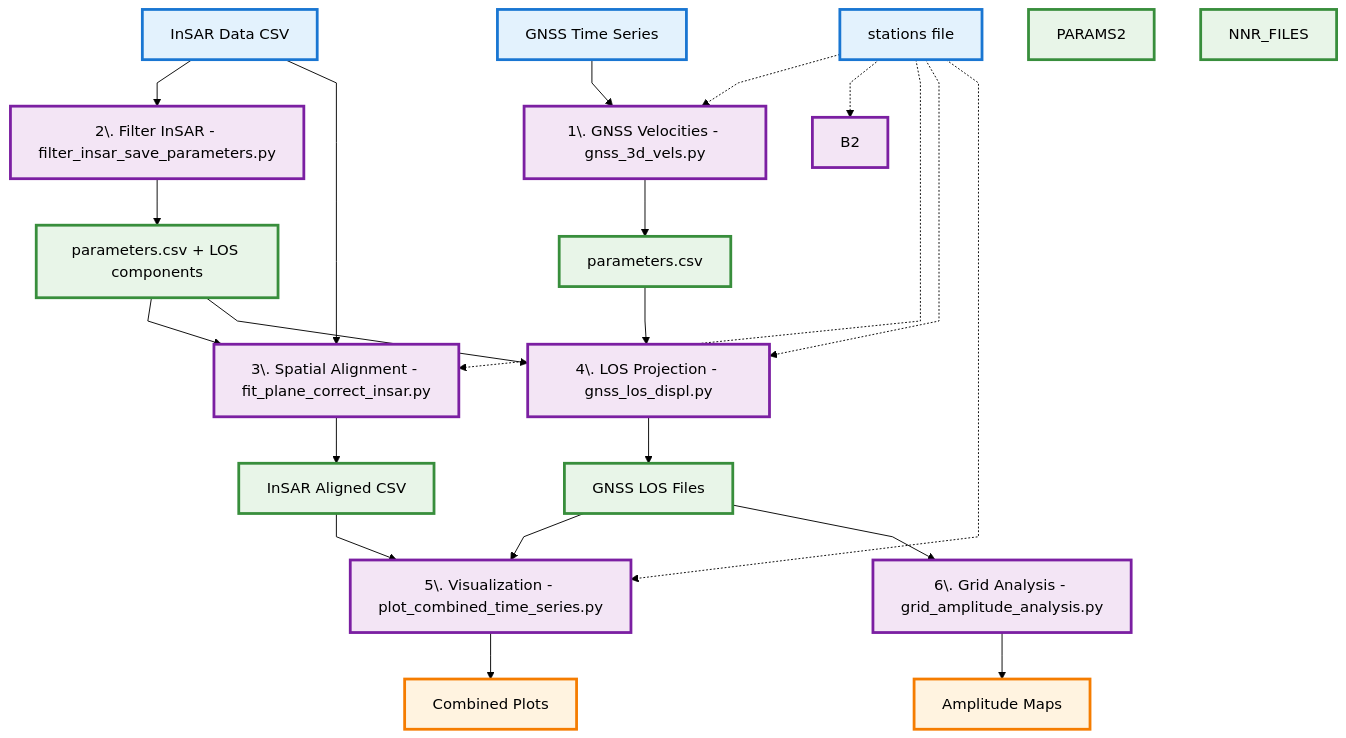
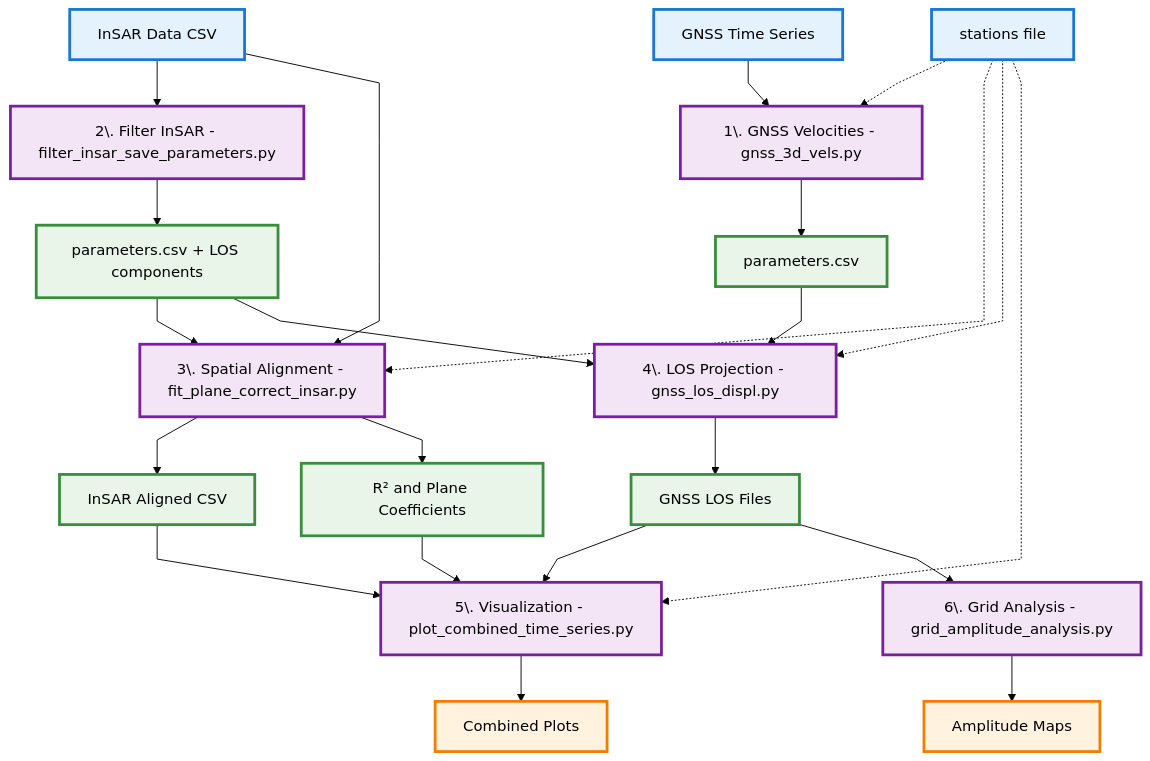
The first of 2 diagrams in workflow_flowchart.md (Altoleptic/insar-gnss-workflow), drawn with Mermaid before and after one commit. The commit also changed other lines of this file and 8 other files, not shown here.

````diff
--- a/workflow_flowchart.md
+++ b/workflow_flowchart.md
@@ -8,70 +8,69 @@
 ```mermaid
 ---
 config:
   flowchart:
     curve: linear
   theme: forest
   themeVariables: {}
 ---
 flowchart TD
     %% Top level inputs
     INPUT1["GNSS Time Series"]
     INPUT2["InSAR Data CSV"]
     
     %% GNSS Processing Chain (Left)
     INPUT1 --> B1["1\. GNSS Velocities - gnss_3d_vels.py"]
     B1 --> PARAMS1["parameters.csv"]
     
     %% InSAR Processing Chain (Right)
     INPUT2 --> B3["2\. Filter InSAR - filter_insar_save_parameters.py"]
     B3 --> PARAMS3["parameters.csv + LOS components"]
     INPUT2 --> B4["3\. Spatial Alignment - fit_plane_correct_insar.py"]
     PARAMS3 --> B4
     B4 --> ALIGNED_INSAR["InSAR Aligned CSV"]
+    B4 --> PLANE_STATS["R² and Plane Coefficients"]
     
     %% Integration Steps (Bottom)
     PARAMS1 --> B5["4\. LOS Projection - gnss_los_displ.py"]
     PARAMS3 --> B5
     B5 --> LOS_FILES["GNSS LOS Files"]
     
     ALIGNED_INSAR --> B6["5\. Visualization - plot_combined_time_series.py"]
     LOS_FILES --> B6
+    PLANE_STATS --> B6
     B6 --> PLOTS["Combined Plots"]
     
     %% Optional Analysis
     LOS_FILES --> B7["6\. Grid Analysis - grid_amplitude_analysis.py"]
     B7 --> GRID_PLOTS["Amplitude Maps"]
     
     %% Auxiliary input (side)
     INPUT3["stations file"]
     INPUT3 -.-> B1
-    INPUT3 -.-> B2
     INPUT3 -.-> B4
     INPUT3 -.-> B5
     INPUT3 -.-> B6
     
     %% Node styling
     INPUT1:::input
     INPUT2:::input
     INPUT3:::input
     B1:::script
-    B2:::script
     B3:::script
     B4:::script
     B5:::script
     B6:::script
     B7:::script
     PARAMS1:::data
-    PARAMS2:::data
     PARAMS3:::data
-    NNR_FILES:::data
     ALIGNED_INSAR:::data
+    PLANE_STATS:::data
     LOS_FILES:::data
     PLOTS:::output
     GRID_PLOTS:::output
     
     classDef script fill:#F3E5F5,stroke:#7B1FA2,stroke-width:3px,color:#000
     classDef input fill:#E3F2FD,stroke:#1976D2,stroke-width:3px,color:#000
     classDef data fill:#E8F5E8,stroke:#388E3C,stroke-width:3px,color:#000
     classDef output fill:#FFF3E0,stroke:#F57C00,stroke-width:3px,color:#000
 ```
````
